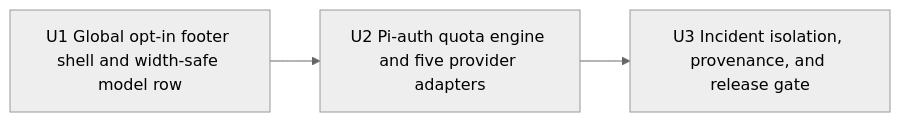
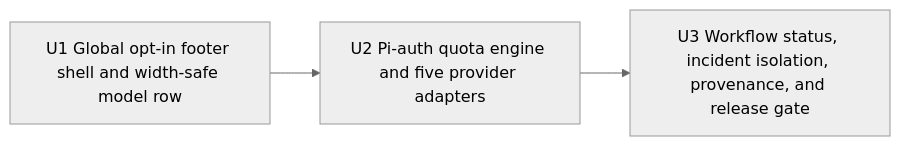
One commit to DrunkenDonkey80/ce-workflow changed the second of 2 diagrams in docs/plans/2026-07-29-001-feat-multimodel-subscription-footer-plan.md. Above: the diagram before and after it, drawn with Mermaid (neutral theme). The commit also changed other lines of this file and 3 other files, not shown here.

````diff
--- a/docs/plans/2026-07-29-001-feat-multimodel-subscription-footer-plan.md
+++ b/docs/plans/2026-07-29-001-feat-multimodel-subscription-footer-plan.md
@@ -317,7 +329,7 @@
 ```mermaid
 flowchart LR
   U1[U1 Global opt-in footer shell and width-safe model row]
   U2[U2 Pi-auth quota engine and five provider adapters]
-  U3[U3 Incident isolation, provenance, and release gate]
+  U3[U3 Workflow status, incident isolation, provenance, and release gate]
   U1 --> U2 --> U3
 ```
````
